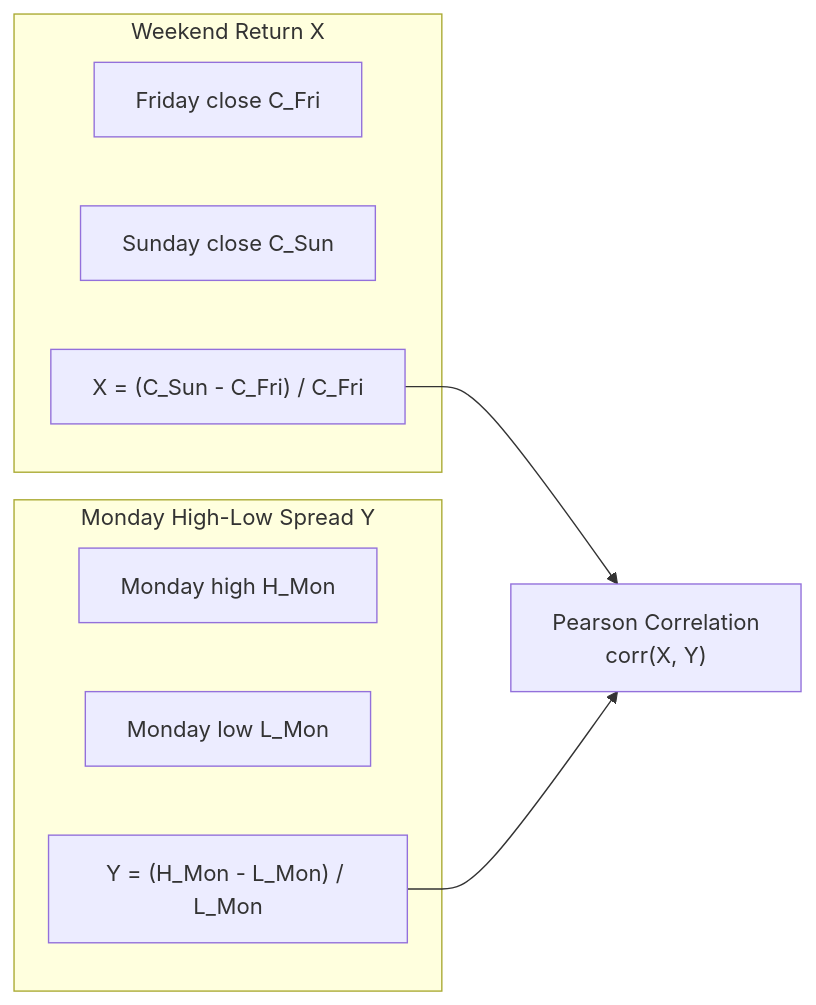
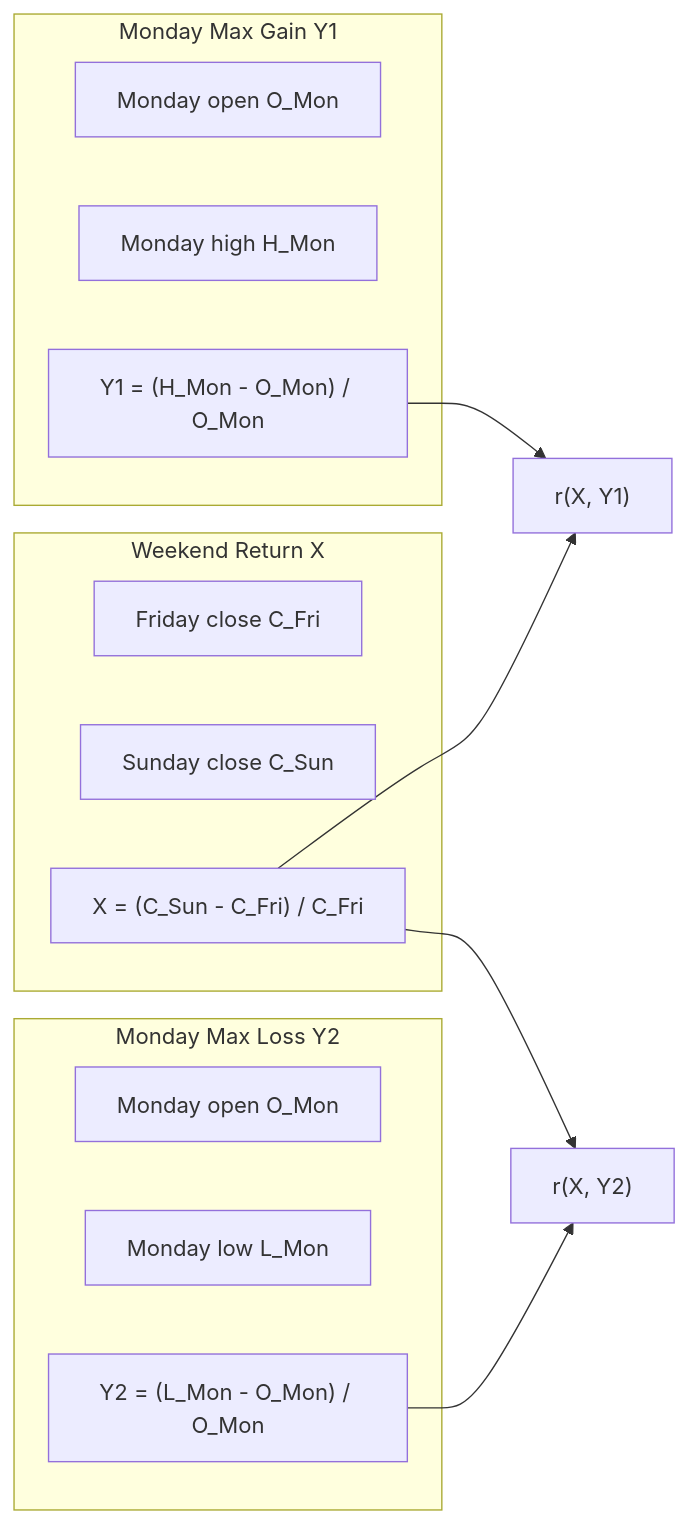
Before and after one commit to RESBI/StockStatistic: diagram 17 of 20 in DESIGN.md, drawn with Mermaid. The commit also changed other lines of this file and 13 other files, not shown here.

First line of the commit message:
Replace PAXG bar/box charts with histogram distributions; update all docs

````diff
--- a/DESIGN.md
+++ b/DESIGN.md
@@ -1263,17 +1271,25 @@
 ```mermaid
 graph LR
     subgraph "Weekend Return X"
         F["Friday close C_Fri"]
         S["Sunday close C_Sun"]
         X["X = (C_Sun - C_Fri) / C_Fri"]
     end
     
-    subgraph "Monday High-Low Spread Y"
+    subgraph "Monday Max Gain Y1"
+        MO["Monday open O_Mon"]
         MH["Monday high H_Mon"]
+        Y1["Y1 = (H_Mon - O_Mon) / O_Mon"]
+    end
+
+    subgraph "Monday Max Loss Y2"
+        MO2["Monday open O_Mon"]
         ML["Monday low L_Mon"]
-        Y["Y = (H_Mon - L_Mon) / L_Mon"]
+        Y2["Y2 = (L_Mon - O_Mon) / O_Mon"]
     end
     
-    X --> CORR["Pearson Correlation<br/>corr(X, Y)"]
-    Y --> CORR
+    X --> CORR1["r(X, Y1)"]
+    Y1 --> CORR1
+    X --> CORR2["r(X, Y2)"]
+    Y2 --> CORR2
 ```
````
